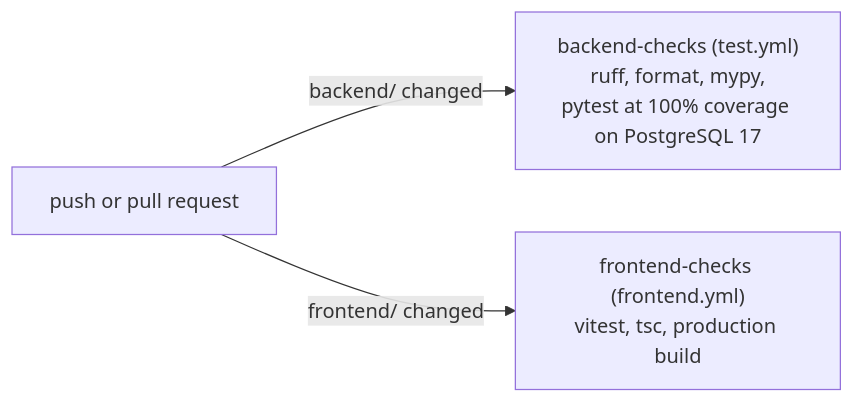
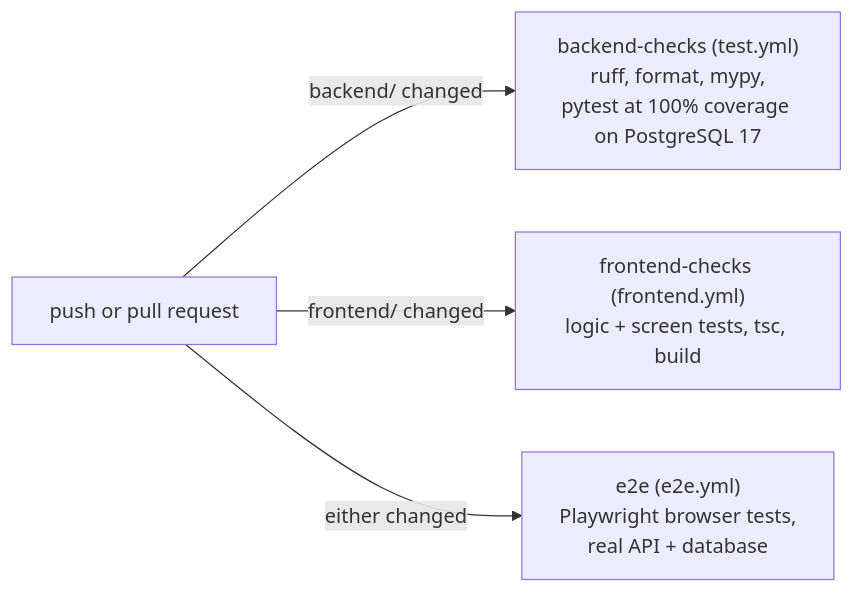
One commit to rahulwarekar20/habbit-quest changed the third of 3 diagrams in README.md. Above: the diagram before and after it, drawn with Mermaid. The commit also changed other lines of this file and 21 other files, not shown here.

First line of the commit message:
Add frontend screen tests and Playwright browser tests, run in CI

````diff
--- a/README.md
+++ b/README.md
@@ -52,5 +52,6 @@
   ```mermaid
   flowchart LR
       PR["push or pull request"] -- "backend/ changed" --> B["backend-checks (test.yml)<br/>ruff, format, mypy,<br/>pytest at 100% coverage on PostgreSQL 17"]
-      PR -- "frontend/ changed" --> F["frontend-checks (frontend.yml)<br/>vitest, tsc, production build"]
+      PR -- "frontend/ changed" --> F["frontend-checks (frontend.yml)<br/>logic + screen tests, tsc, build"]
+      PR -- "either changed" --> E["e2e (e2e.yml)<br/>Playwright browser tests,<br/>real API + database"]
   ```
````
